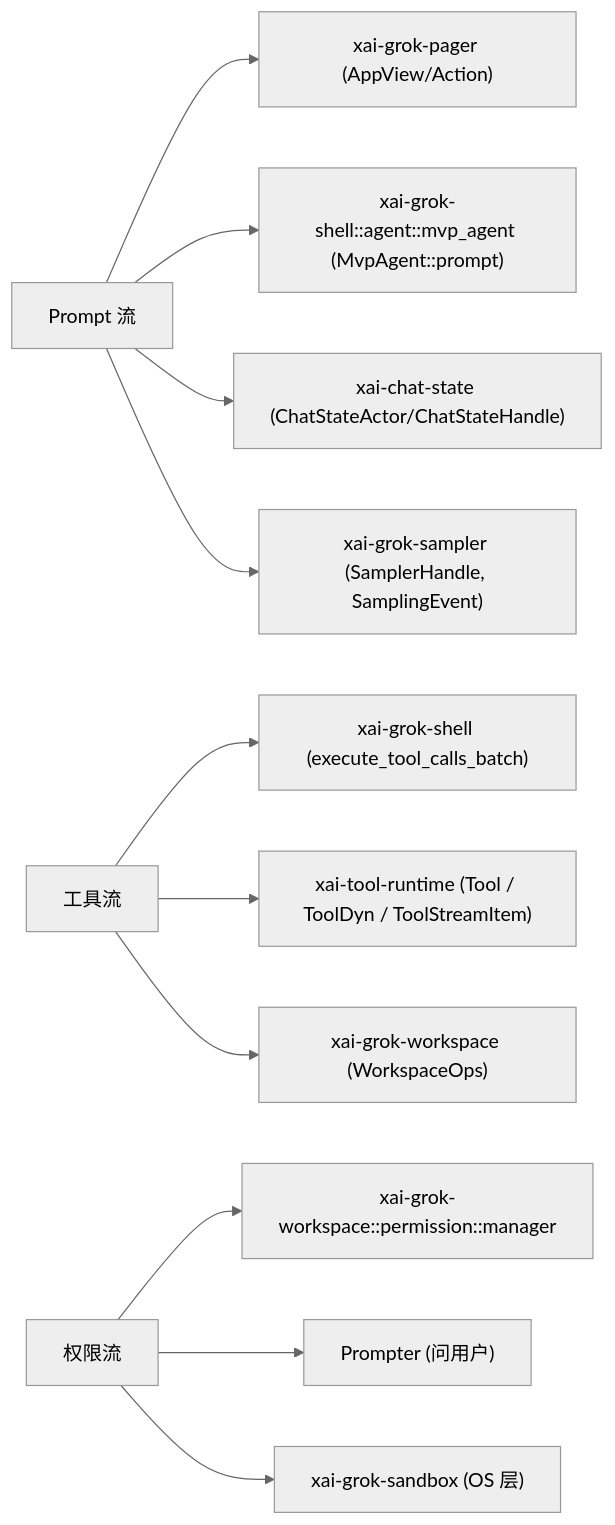
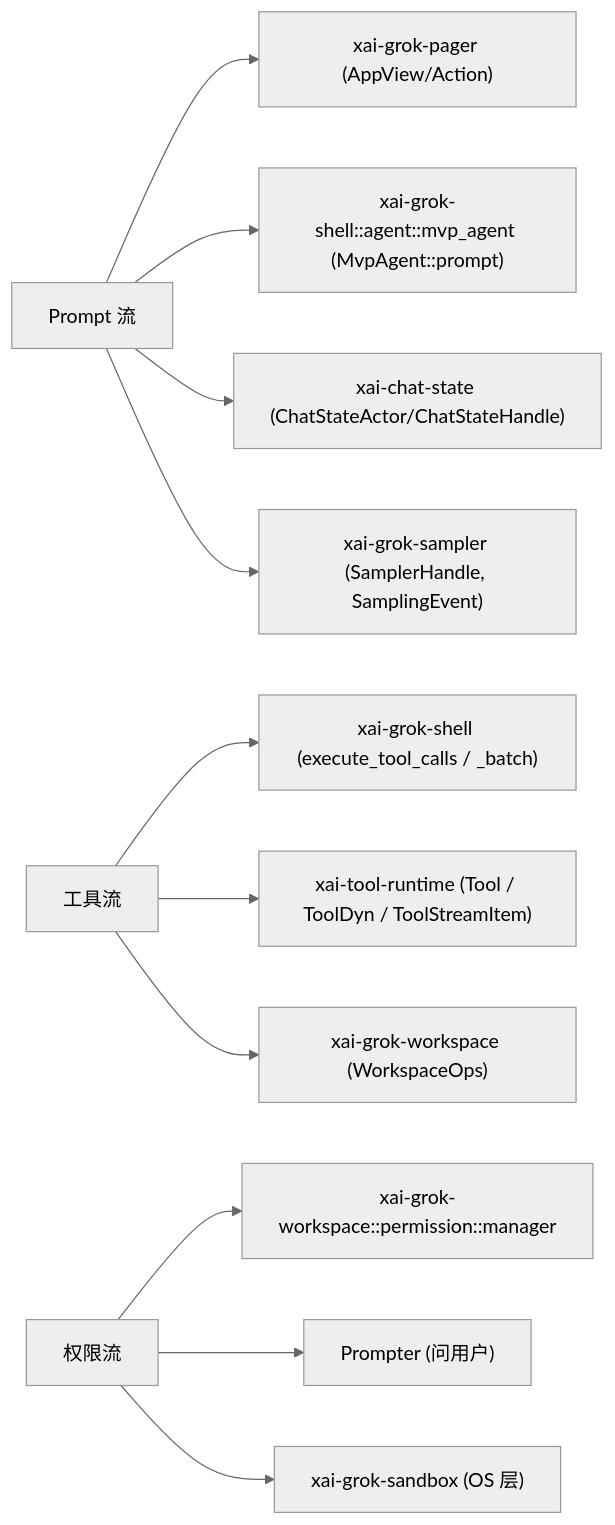
One commit to adrian9778/grok-build changed the second of 2 diagrams in docs/adrian/sourceReader/06-配置与数据流.md. Above: the diagram before and after it, drawn with Mermaid (neutral theme). The commit also changed other lines of this file and 18 other files, not shown here.

````diff
--- a/docs/adrian/sourceReader/06-配置与数据流.md
+++ b/docs/adrian/sourceReader/06-配置与数据流.md
@@ -398,13 +432,13 @@
 ```mermaid
 flowchart LR
     P["Prompt 流"] --> ACP["xai-grok-pager (AppView/Action)"]
     P --> MA["xai-grok-shell::agent::mvp_agent (MvpAgent::prompt)"]
     P --> CS["xai-chat-state (ChatStateActor/ChatStateHandle)"]
     P --> SA["xai-grok-sampler (SamplerHandle, SamplingEvent)"]
-    T["工具流"] --> TB["xai-grok-shell (execute_tool_calls_batch)"]
+    T["工具流"] --> TB["xai-grok-shell (execute_tool_calls / _batch)"]
     T --> TR["xai-tool-runtime (Tool / ToolDyn / ToolStreamItem)"]
     T --> WS["xai-grok-workspace (WorkspaceOps)"]
     A["权限流"] --> PM["xai-grok-workspace::permission::manager"]
     A --> PR["Prompter (问用户)"]
     A --> SB["xai-grok-sandbox (OS 层)"]
 ```
````
